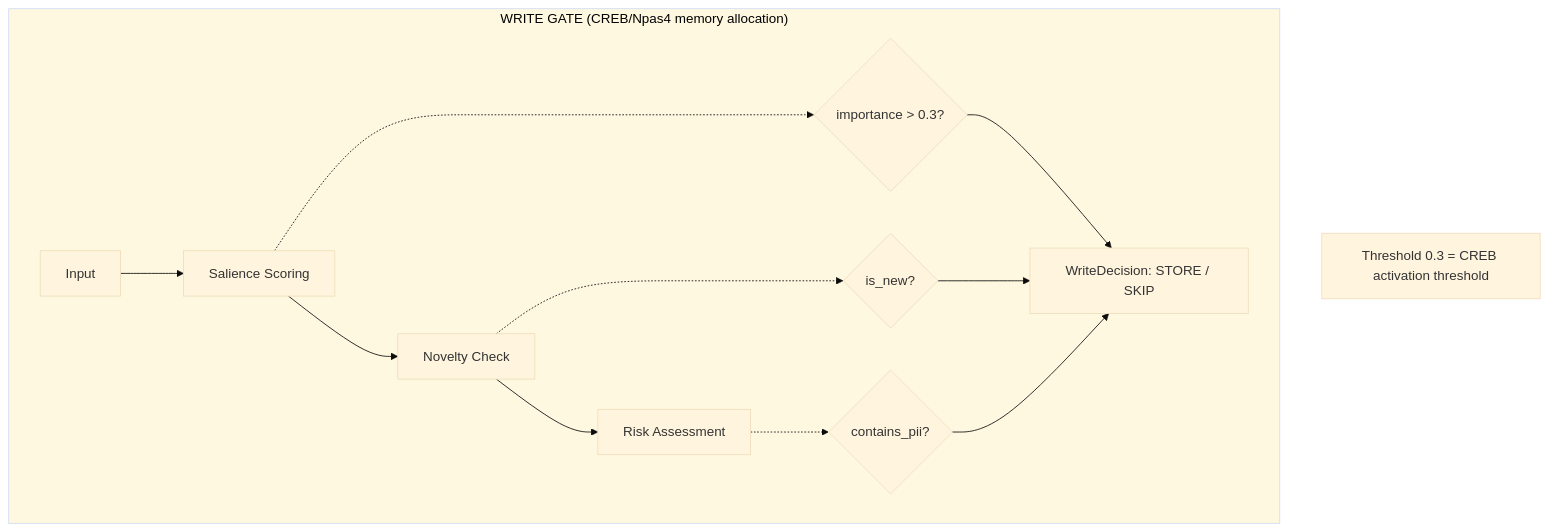
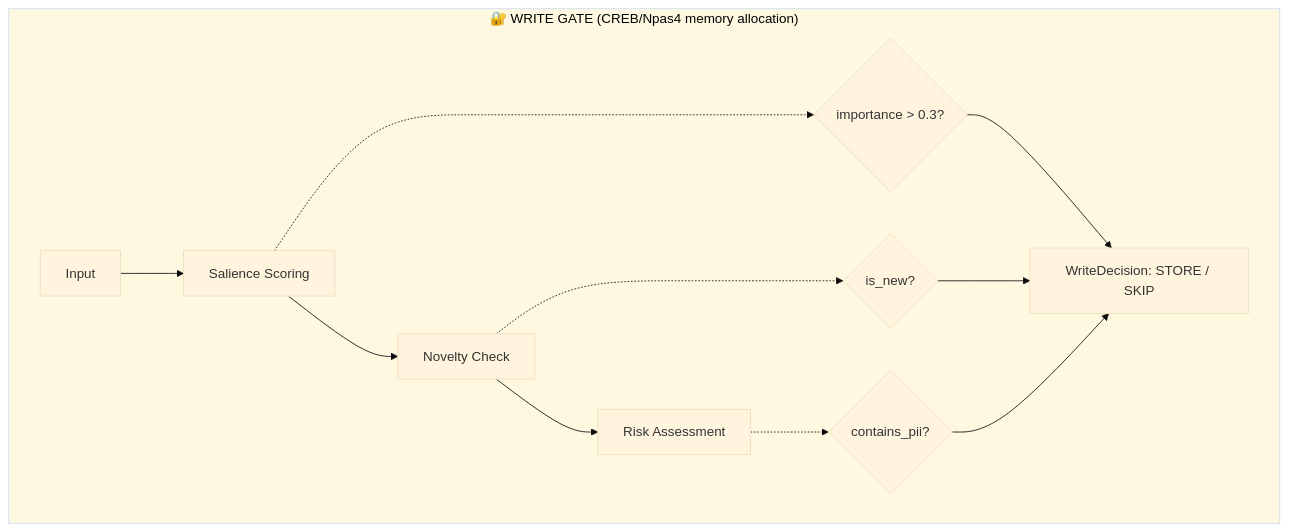
One commit to avinash-mall/CognitiveMemoryLayer changed the third of 9 diagrams in README.md. Above: the diagram before and after it, drawn with Mermaid (base theme). The commit also changed other lines of this file and 31 other files, not shown here.

Commit message:
fix: mermaid text visibility and quote formatting

````diff
--- a/README.md
+++ b/README.md
@@ -155,16 +210,15 @@
 ```mermaid
 flowchart TB
-    subgraph WG["WRITE GATE (CREB/Npas4 memory allocation)"]
+    subgraph WG["🔐 WRITE GATE (CREB/Npas4 memory allocation)"]
         input2["Input"] --> salience["Salience Scoring"]
         salience --> novelty["Novelty Check"]
         novelty --> risk["Risk Assessment"]
         
         salience -.-> q1{"importance > 0.3?"}
         novelty -.-> q2{"is_new?"}
         risk -.-> q3{"contains_pii?"}
         
         q1 & q2 & q3 --> decision["WriteDecision: STORE / SKIP"]
     end
-    note["Threshold 0.3 = CREB activation threshold"]
     style WG fill:#fff8e1,color:#000
 ```
````
